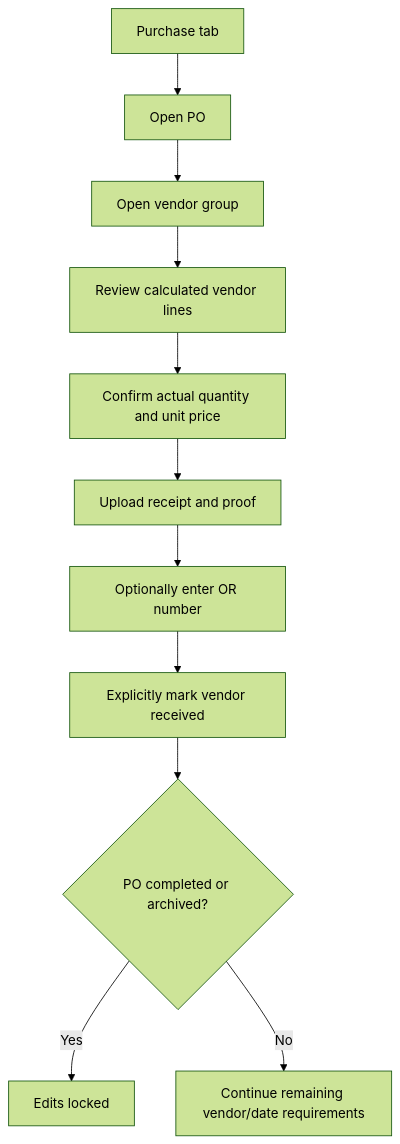
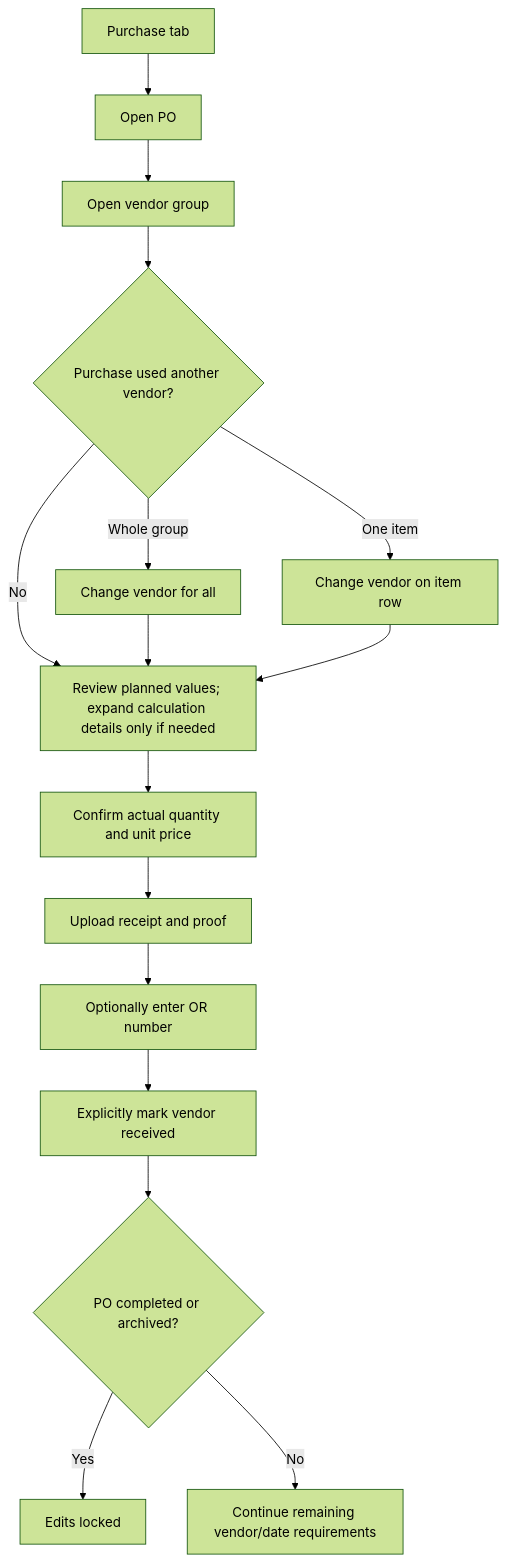
One commit to ja2gc/Nutriscope changed the third of 5 diagrams in docs/modules/Flowcharts/FSS Mobile Execution Flow.md. Above: the diagram before and after it, drawn with Mermaid (forest theme). The commit also changed other lines of this file and 24 other files, not shown here.

````diff
--- a/docs/modules/Flowcharts/FSS Mobile Execution Flow.md
+++ b/docs/modules/Flowcharts/FSS Mobile Execution Flow.md
@@ -61,13 +61,18 @@
 ```mermaid
 flowchart TD
     A["Purchase tab"] --> B["Open PO"]
     B --> C["Open vendor group"]
-    C --> D["Review calculated vendor lines"]
+    C --> C2{"Purchase used another vendor?"}
+    C2 -->|"Whole group"| C3["Change vendor for all"]
+    C2 -->|"One item"| C4["Change vendor on item row"]
+    C2 -->|"No"| D
+    C3 --> D["Review planned values; expand calculation details only if needed"]
+    C4 --> D
     D --> E["Confirm actual quantity and unit price"]
     E --> F["Upload receipt and proof"]
     F --> G["Optionally enter OR number"]
     G --> H["Explicitly mark vendor received"]
     H --> I{"PO completed or archived?"}
     I -->|"Yes"| J["Edits locked"]
     I -->|"No"| K["Continue remaining vendor/date requirements"]
 ```
````
